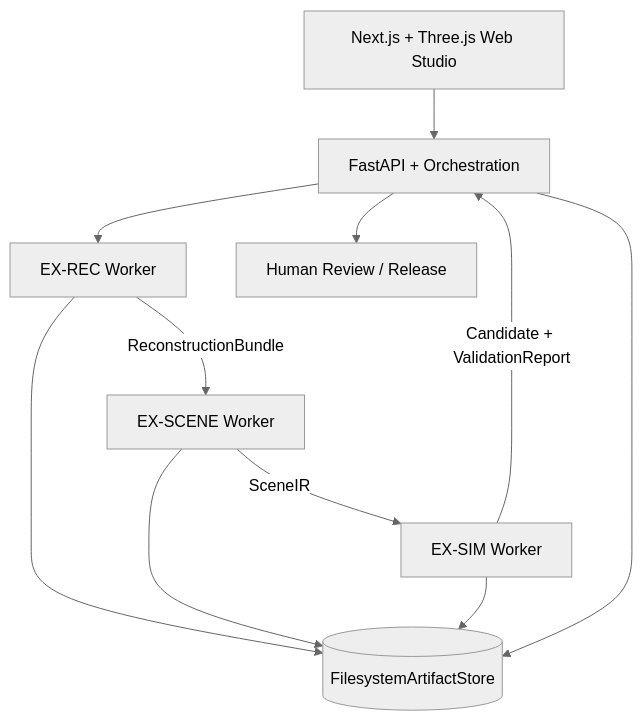
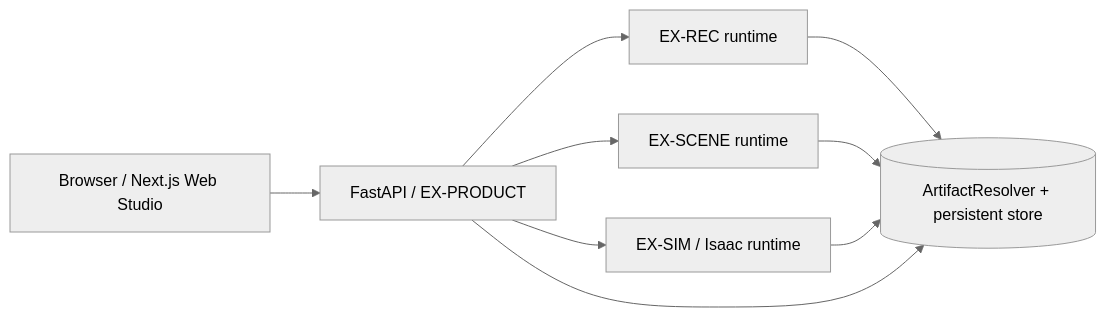
One commit to awun0105/P-087 changed the second of 2 diagrams in ARCHITECTURE.md. Above: the diagram before and after it, drawn with Mermaid (neutral theme). The commit also changed other lines of this file and 13 other files, not shown here.

````diff
--- a/ARCHITECTURE.md
+++ b/ARCHITECTURE.md
@@ -190,14 +405,11 @@
 ```mermaid
-graph TB
-    UI[Next.js + Three.js Web Studio] --> API[FastAPI + Orchestration]
-    API --> REC[EX-REC Worker]
-    REC -->|ReconstructionBundle| SCENE[EX-SCENE Worker]
-    SCENE -->|SceneIR| SIM[EX-SIM Worker]
-    SIM -->|Candidate + ValidationReport| API
-    API --> REVIEW[Human Review / Release]
-    STORE[(FilesystemArtifactStore)]
-    REC --> STORE
+graph LR
+    B[Browser / Next.js Web Studio] --> API[FastAPI / EX-PRODUCT]
+    API --> REC[EX-REC runtime]
+    API --> SCENE[EX-SCENE runtime]
+    API --> SIM[EX-SIM / Isaac runtime]
+    REC --> STORE[(ArtifactResolver + persistent store)]
     SCENE --> STORE
     SIM --> STORE
     API --> STORE
 ```
````
